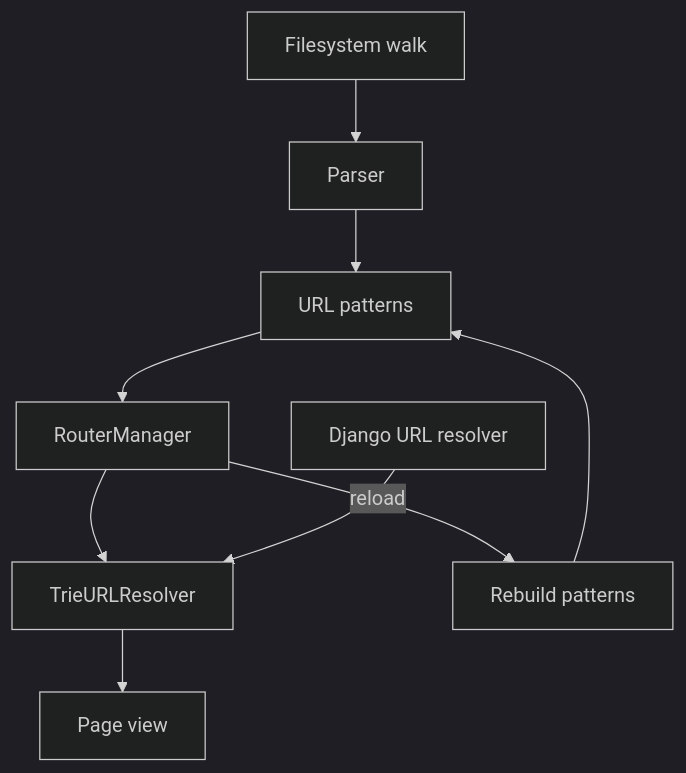
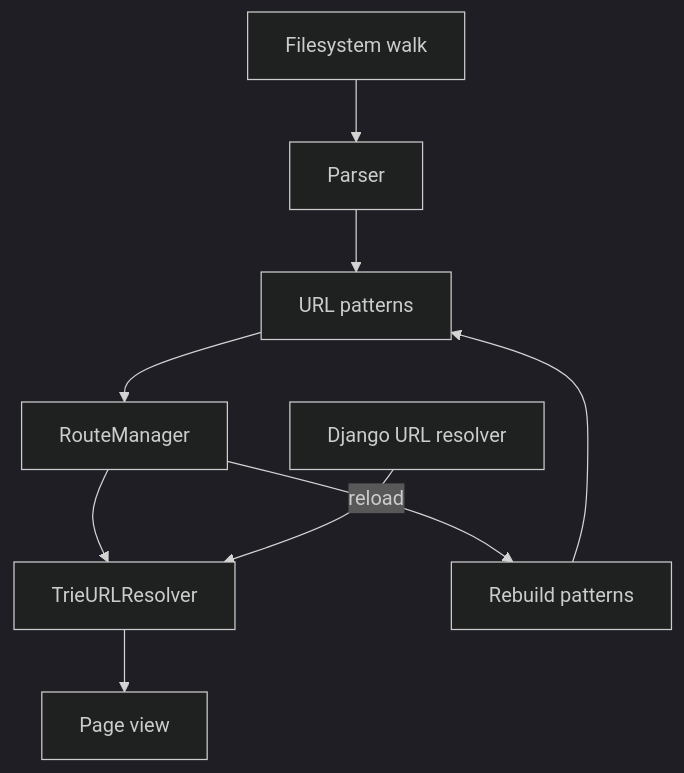
The diagram in docs/content/internals/url-router.rst (next-dj/next-dj), drawn with Mermaid (dark theme) before and after one commit. The commit also changed other lines of this file and 1406 other files, not shown here.

```diff
--- a/docs/content/internals/url-router.rst
+++ b/docs/content/internals/url-router.rst
@@ -21,11 +21,11 @@
 .. mermaid::
 
    flowchart TB
        Walk[Filesystem walk] --> Parser[Parser]
        Parser --> Patterns[URL patterns]
-       Patterns --> Manager[RouterManager]
+       Patterns --> Manager[RouteManager]
        Manager --> Trie[TrieURLResolver]
        Resolver[Django URL resolver] --> Trie
        Trie --> PageView[Page view]
        Manager -- reload --> Reload[Rebuild patterns]
        Reload --> Patterns
```
